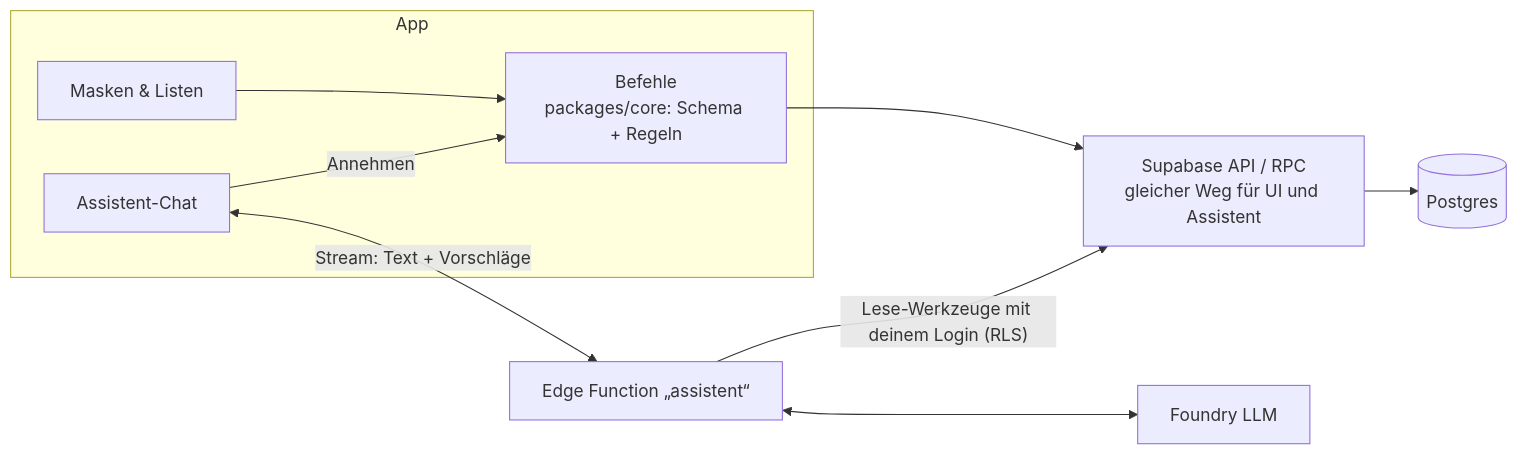
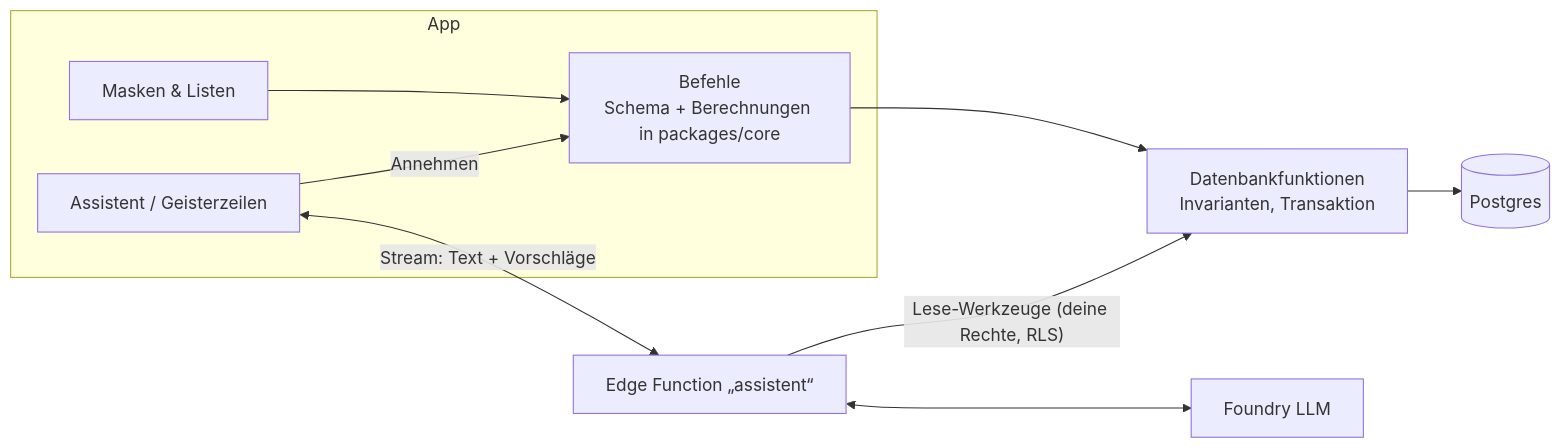
One commit to enricogoerlitz/housekeeping-app changed the diagram in docs/product/feature-konzept.md. Above: the diagram before and after it, drawn with Mermaid. The commit also changed other lines of this file, not shown here.

````diff
--- a/docs/product/feature-konzept.md
+++ b/docs/product/feature-konzept.md
@@ -457,12 +654,12 @@
 ```mermaid
 flowchart LR
   subgraph App
-    UI[Masken & Listen] --> CMD[Befehle<br/>packages/core: Schema + Regeln]
-    CHAT[Assistent-Chat] -- Annehmen --> CMD
+    UI[Masken & Listen] --> CMD[Befehle<br/>Schema + Berechnungen in packages/core]
+    CHAT[Assistent / Geisterzeilen] -- Annehmen --> CMD
   end
-  CMD --> RPC[Supabase API / RPC<br/>gleicher Weg für UI und Assistent]
+  CMD --> RPC[Datenbankfunktionen<br/>Invarianten, Transaktion]
   CHAT <-- "Stream: Text + Vorschläge" --> EF[Edge Function „assistent“]
-  EF -- Lese-Werkzeuge mit deinem Login (RLS) --> RPC
+  EF -- "Lese-Werkzeuge (deine Rechte, RLS)" --> RPC
   EF <--> LLM[Foundry LLM]
   RPC --> PG[(Postgres)]
 ```
````
